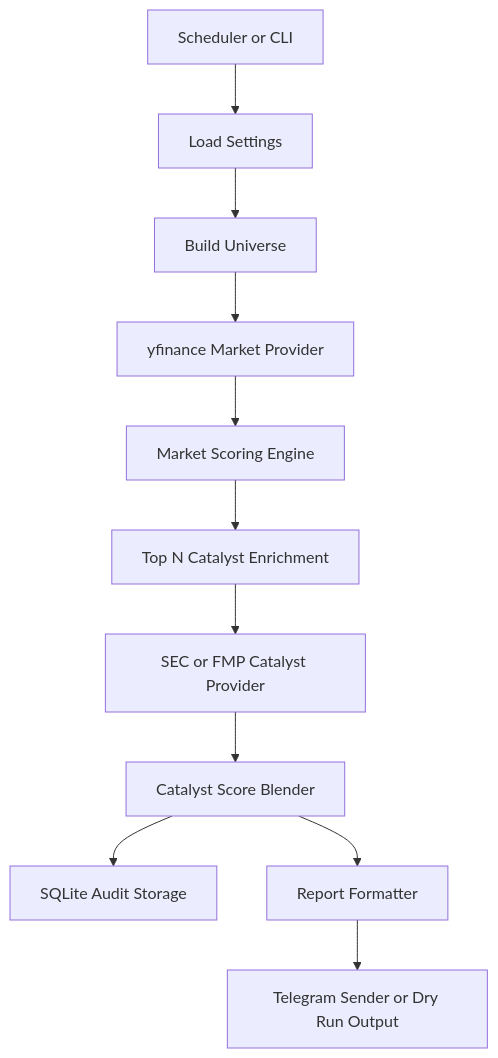
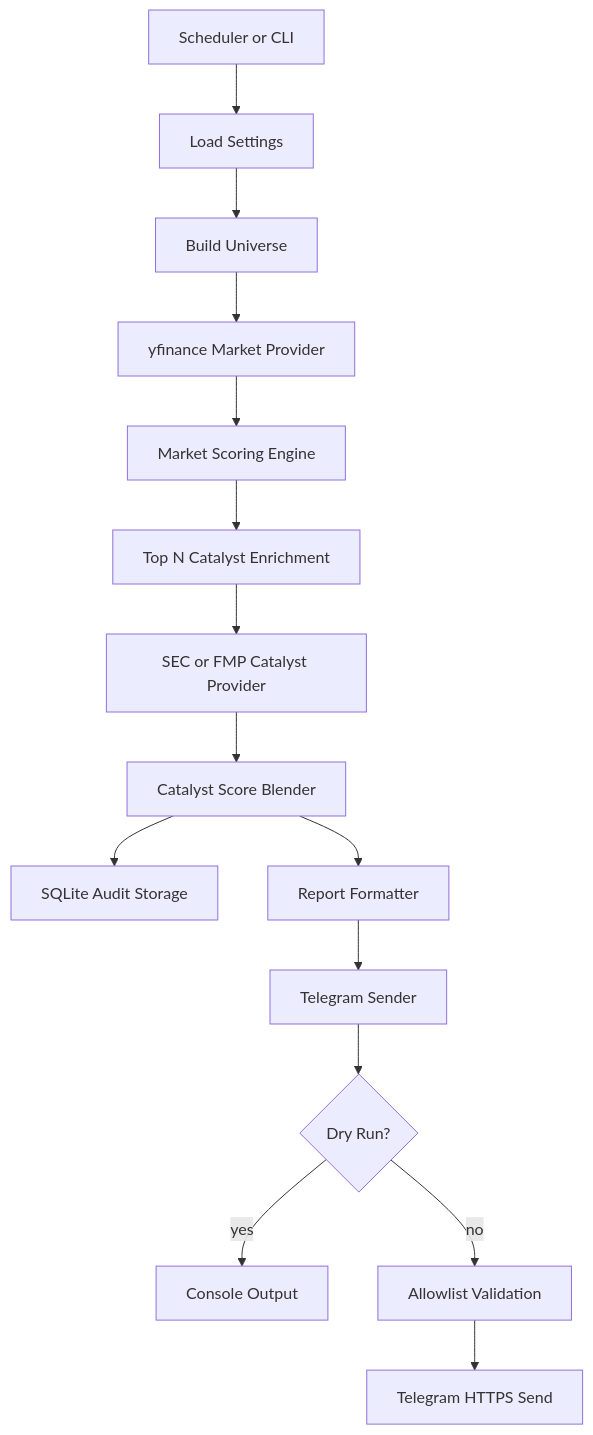
One commit to KSR4599/Stock_Analyzer changed the diagram in docs/ARCHITECTURE.md. Above: the diagram before and after it, drawn with Mermaid. The commit also changed other lines of this file and 17 other files, not shown here.

````diff
--- a/docs/ARCHITECTURE.md
+++ b/docs/ARCHITECTURE.md
@@ -137,13 +151,17 @@
 ```mermaid
 flowchart TD
     A[Scheduler or CLI] --> B[Load Settings]
     B --> C[Build Universe]
     C --> D[yfinance Market Provider]
     D --> E[Market Scoring Engine]
     E --> F[Top N Catalyst Enrichment]
     F --> G[SEC or FMP Catalyst Provider]
     G --> H[Catalyst Score Blender]
     H --> I[SQLite Audit Storage]
     H --> J[Report Formatter]
-    J --> K[Telegram Sender or Dry Run Output]
+    J --> K[Telegram Sender]
+    K --> L{Dry Run?}
+    L -->|yes| M[Console Output]
+    L -->|no| N[Allowlist Validation]
+    N --> O[Telegram HTTPS Send]
 ```
````
